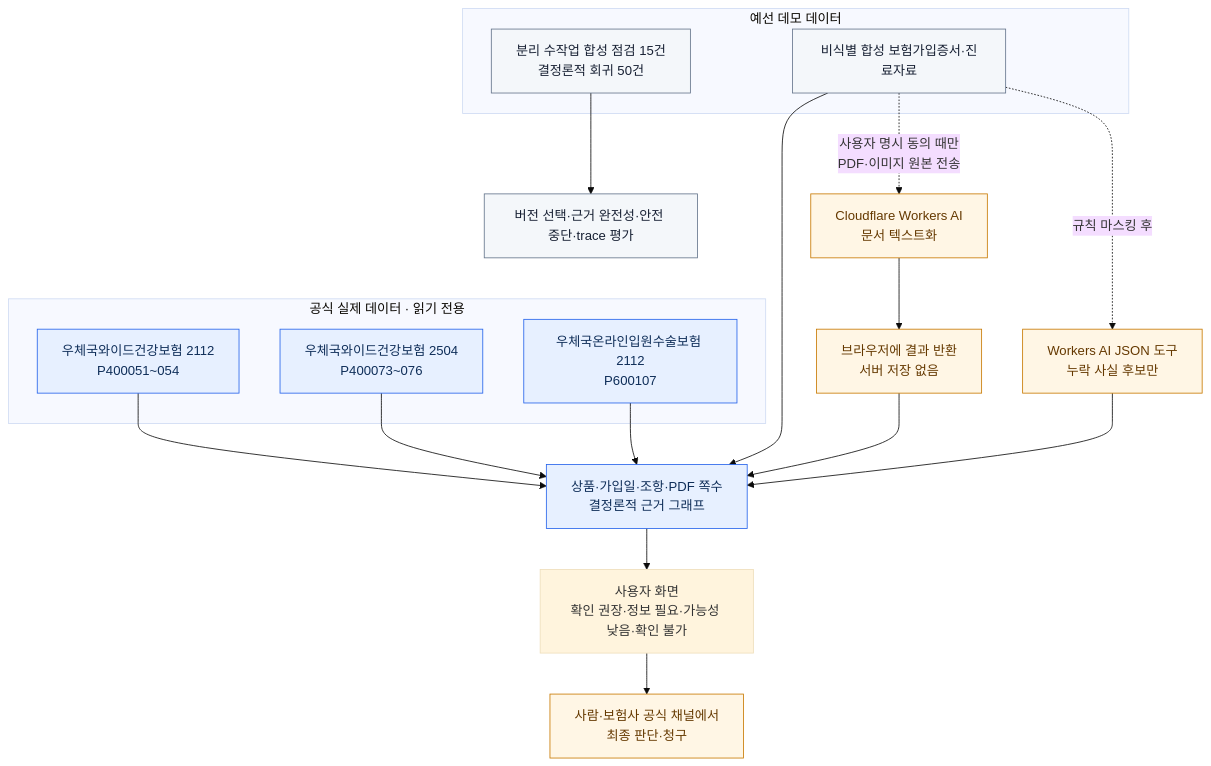
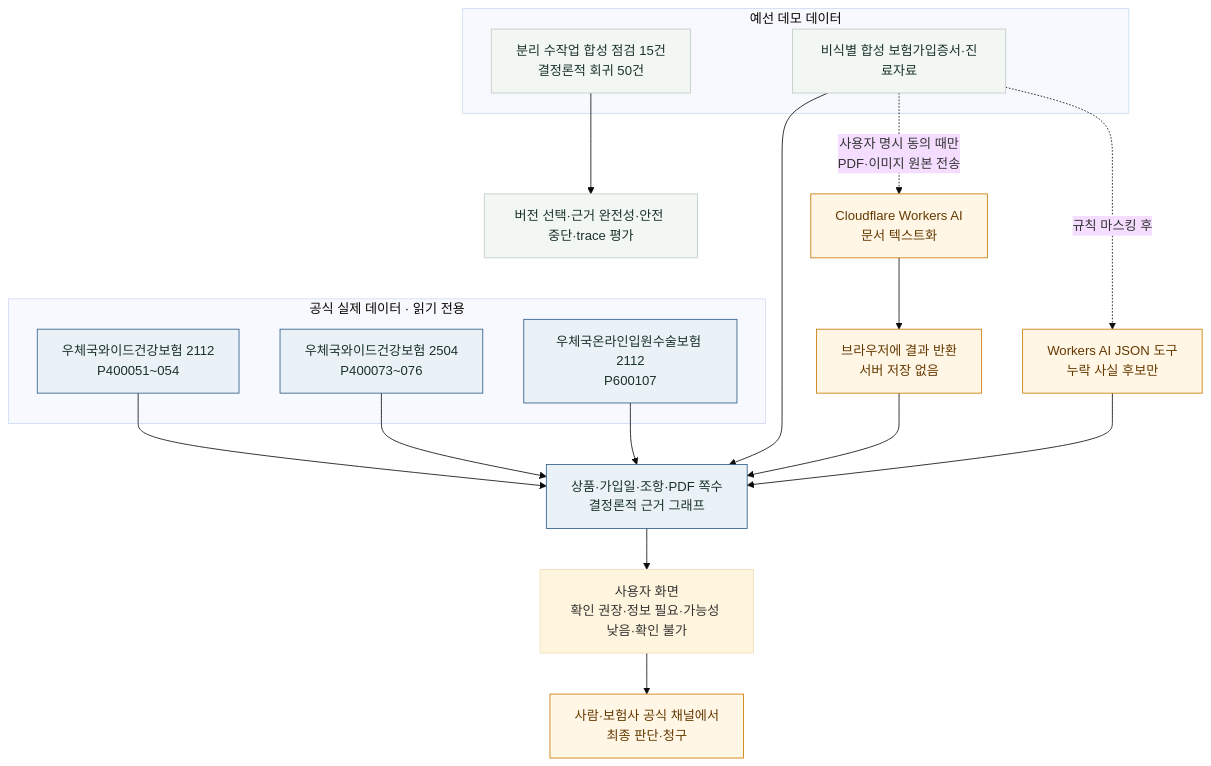
The diagram in docs/diagrams/data-and-safety-boundary.mmd (turtlehwan/2026-finance-ai-challenge), drawn with Mermaid (base theme) before and after one commit. The commit also changed 6 other files, not shown here.

```diff
--- a/docs/diagrams/data-and-safety-boundary.mmd
+++ b/docs/diagrams/data-and-safety-boundary.mmd
@@ -1,28 +1,28 @@
 flowchart TB
     subgraph Official["공식 실제 데이터 · 읽기 전용"]
       P1["우체국와이드건강보험 2112\nP400051~054"]
       P2["우체국와이드건강보험 2504\nP400073~076"]
       P3["우체국온라인입원수술보험 2112\nP600107"]
     end
     subgraph Demo["예선 데모 데이터"]
       S["비식별 합성 보험가입증서·진료자료"]
       H["분리 수작업 합성 점검 15건\n결정론적 회귀 50건"]
     end
     P1 & P2 & P3 --> R["상품·가입일·조항·PDF 쪽수\n결정론적 근거 그래프"]
     S --> R
     R --> A["사용자 화면\n확인 권장·정보 필요·가능성 낮음·확인 불가"]
     H --> Q["버전 선택·근거 완전성·안전 중단·trace 평가"]
 
     S -. "사용자 명시 동의 때만\nPDF·이미지 원본 전송" .-> W["Cloudflare Workers AI\n문서 텍스트화"]
     W --> M["브라우저에 결과 반환\n서버 저장 없음"]
     M --> R
     S -. "규칙 마스킹 후" .-> L["Workers AI JSON 도구\n누락 사실 후보만"]
     L --> R
     A --> F["사람·보험사 공식 채널에서\n최종 판단·청구"]
 
-    classDef official fill:#E7F0FF,stroke:#2563EB,color:#0F2E59;
-    classDef demo fill:#F4F7FA,stroke:#64748B,color:#172033;
+    classDef official fill:#EAF1F7,stroke:#2D5B88,color:#193229;
+    classDef demo fill:#F3F7F4,stroke:#BDCCC2,color:#193229;
     classDef boundary fill:#FFF6E5,stroke:#C87900,color:#653900;
     class P1,P2,P3,R official;
     class S,H,Q demo;
     class W,M,L,F boundary;
```
